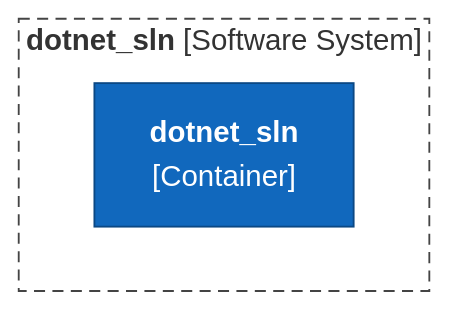
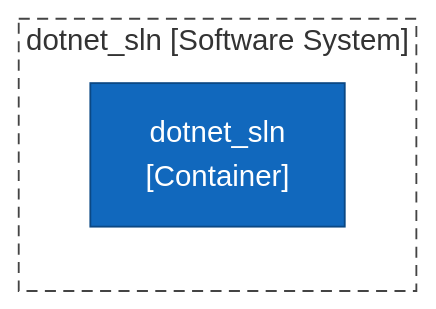
One commit to ythalorossy/architecture-skills changed the first of 3 diagrams in tests/golden/dotnet_sln/output/ArchitectureReport.md. Above: the diagram before and after it, drawn with Mermaid. The commit also changed other lines of this file and 51 other files, not shown here.

First line of the commit message:
fix(render): plain diagram labels keep the characters in code names

````diff
--- a/tests/golden/dotnet_sln/output/ArchitectureReport.md
+++ b/tests/golden/dotnet_sln/output/ArchitectureReport.md
@@ -27,15 +27,14 @@
 ```mermaid
 flowchart TB
-    subgraph boundary["`**dotnet_sln** [Software System]`"]
-        dotnet_sln["`**dotnet_sln**
-[Container]`"]
+    subgraph boundary["dotnet_sln [Software System]"]
+        dotnet_sln["dotnet_sln<br/>[Container]"]
     end
     classDef person fill:#08427b,stroke:#052e56,color:#ffffff
     classDef container fill:#1168bd,stroke:#0b4884,color:#ffffff
     classDef system fill:#1168bd,stroke:#0b4884,color:#ffffff
     classDef component fill:#85bbf0,stroke:#5d82a8,color:#000000
     classDef external fill:#999999,stroke:#6b6b6b,color:#ffffff
     classDef shared fill:#dbe9f6,stroke:#5d82a8,color:#000000,stroke-dasharray:4 3
     class dotnet_sln container
     style boundary fill:none,stroke:#444444,stroke-dasharray:6 4
 ```
````
